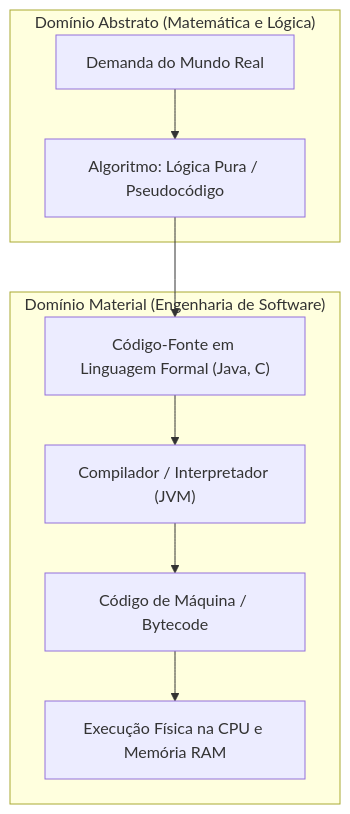
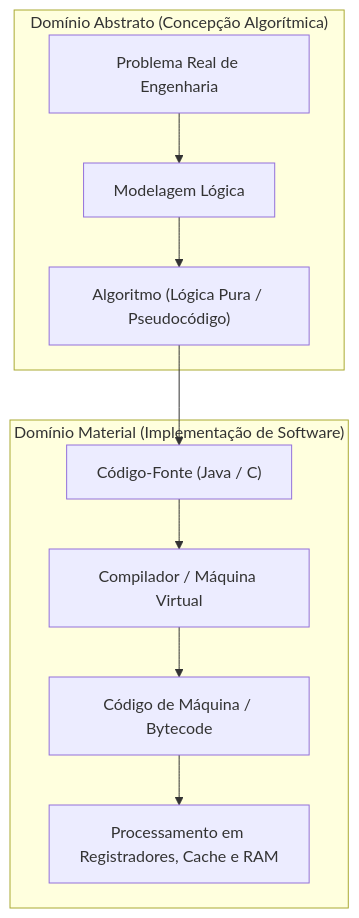
One commit to murilolol/unifef changed the third of 27 diagrams in 4º Semestre/[Prof. Wesley Soares] Estrutura de Dados I/Resumos-IA/Caderno-Consolidado.md. Above: the diagram before and after it, drawn with Mermaid. The commit also changed other lines of this file and 58 other files, not shown here.

````diff
--- a/4º Semestre/[Prof. Wesley Soares] Estrutura de Dados I/Resumos-IA/Caderno-Consolidado.md
+++ b/4º Semestre/[Prof. Wesley Soares] Estrutura de Dados I/Resumos-IA/Caderno-Consolidado.md
@@ -218,13 +210,14 @@
 ```mermaid
 flowchart TD
-    subgraph DominioAbstrato["Domínio Abstrato (Matemática e Lógica)"]
-        Problema["Demanda do Mundo Real"] --> Algoritmo["Algoritmo: Lógica Pura / Pseudocódigo"]
-    end
+  subgraph DominioConceitual["Domínio Abstrato (Concepção Algorítmica)"]
+    Prob["Problema Real de Engenharia"] --> Modelagem["Modelagem Lógica"]
+    Modelagem --> Alg["Algoritmo (Lógica Pura / Pseudocódigo)"]
+  end
 
-    subgraph DominioMaterial["Domínio Material (Engenharia de Software)"]
-        Algoritmo --> CodigoFonte["Código-Fonte em Linguagem Formal (Java, C)"]
-        CodigoFonte --> Compilador["Compilador / Interpretador (JVM)"]
-        Compilador --> Bytecode["Código de Máquina / Bytecode"]
-        Bytecode --> Hardware["Execução Física na CPU e Memória RAM"]
-    end
+  subgraph DominioFisico["Domínio Material (Implementação de Software)"]
+    Alg --> Codigo["Código-Fonte (Java / C)"]
+    Codigo --> Compilador["Compilador / Máquina Virtual"]
+    Compilador --> Instrucoes["Código de Máquina / Bytecode"]
+    Instrucoes --> Execucao["Processamento em Registradores, Cache e RAM"]
+  end
 ```
````
